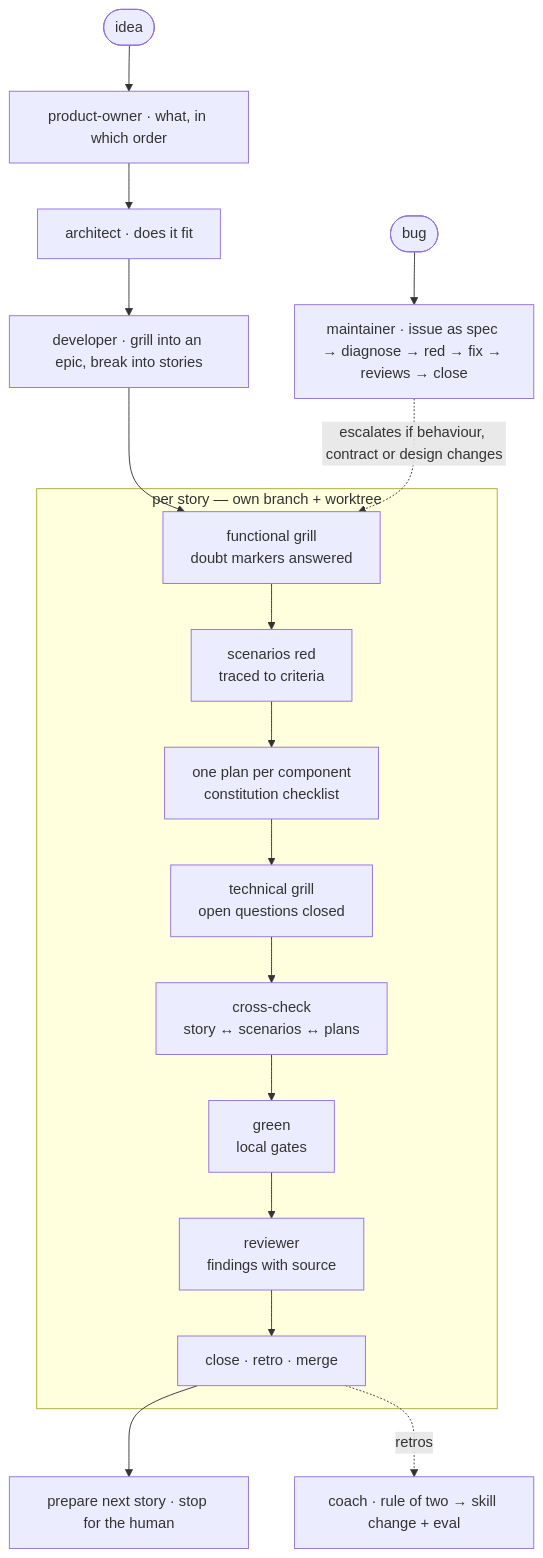
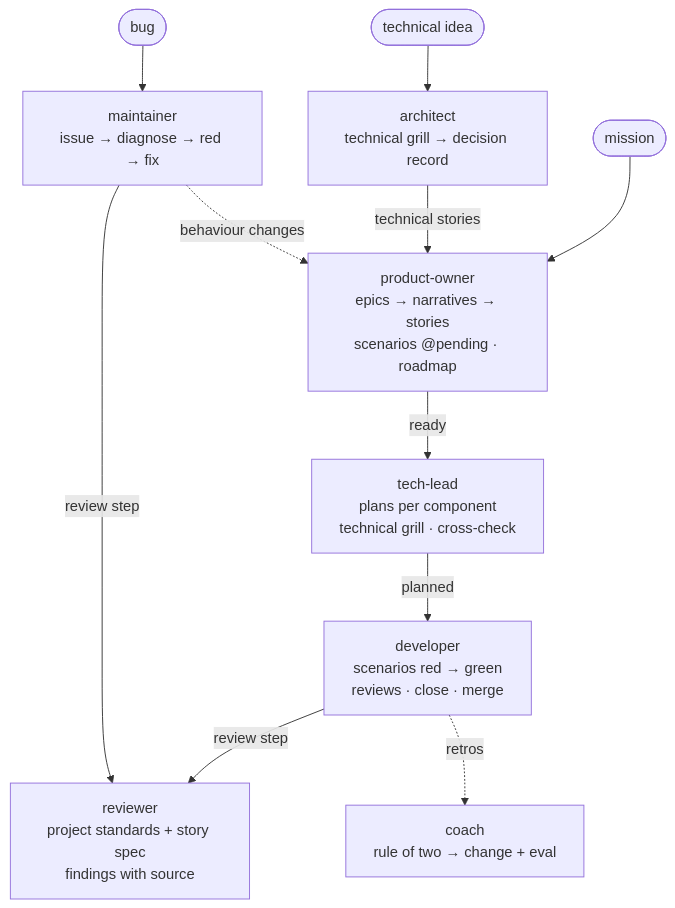
Before and after one commit to rai22474/sanchin: the diagram in README.md, drawn with Mermaid. The commit also changed other lines of this file and 86 other files, not shown here.

````diff
--- a/README.md
+++ b/README.md
@@ -149,23 +170,13 @@
 ```mermaid
 flowchart TD
-  idea([idea]) --> PO["product-owner · what, in which order"]
-  PO --> AR["architect · does it fit"]
-  AR --> EP["developer · grill into an epic, break into stories"]
-  EP --> FG
-
-  subgraph story ["per story — own branch + worktree"]
-    FG["functional grill<br/>doubt markers answered"] --> RED["scenarios red<br/>traced to criteria"]
-    RED --> PL["one plan per component<br/>constitution checklist"]
-    PL --> TG["technical grill<br/>open questions closed"]
-    TG --> XC["cross-check<br/>story ↔ scenarios ↔ plans"]
-    XC --> GR["green<br/>local gates"]
-    GR --> RV["reviewer<br/>findings with source"]
-    RV --> CL["close · retro · merge"]
-  end
-
-  CL --> NX["prepare next story · stop for the human"]
-  CL -. retros .-> CO["coach · rule of two → skill change + eval"]
-
-  bug([bug]) --> MT["maintainer · issue as spec → diagnose → red → fix → reviews → close"]
-  MT -. escalates if behaviour, contract or design changes .-> FG
+  M([mission]) --> PO["product-owner<br/>epics → narratives → stories<br/>scenarios @pending · roadmap"]
+  PO -- ready --> TL["tech-lead<br/>plans per component<br/>technical grill · cross-check"]
+  TL -- planned --> DV["developer<br/>scenarios red → green<br/>reviews · close · merge"]
+  DV -- "review step" --> RV["reviewer<br/>project standards + story spec<br/>findings with source"]
+  I([technical idea]) --> AR["architect<br/>technical grill → decision record"]
+  AR -- technical stories --> PO
+  B([bug]) --> MT["maintainer<br/>issue → diagnose → red → fix"]
+  MT -. behaviour changes .-> PO
+  MT -- "review step" --> RV
+  DV -. retros .-> CO["coach<br/>rule of two → change + eval"]
 ```
````
